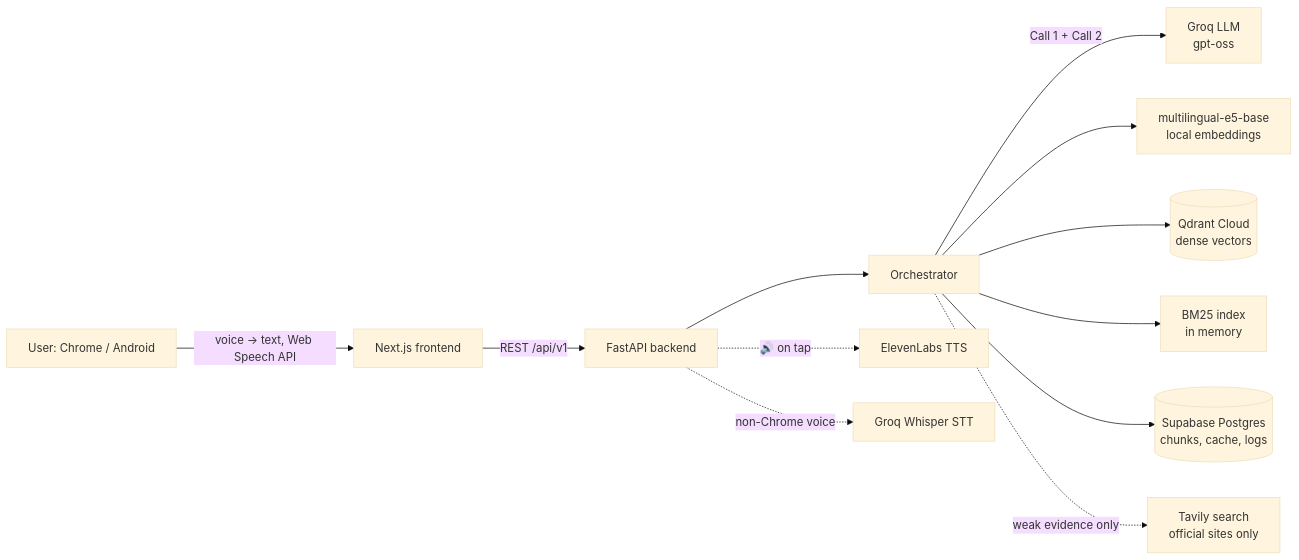
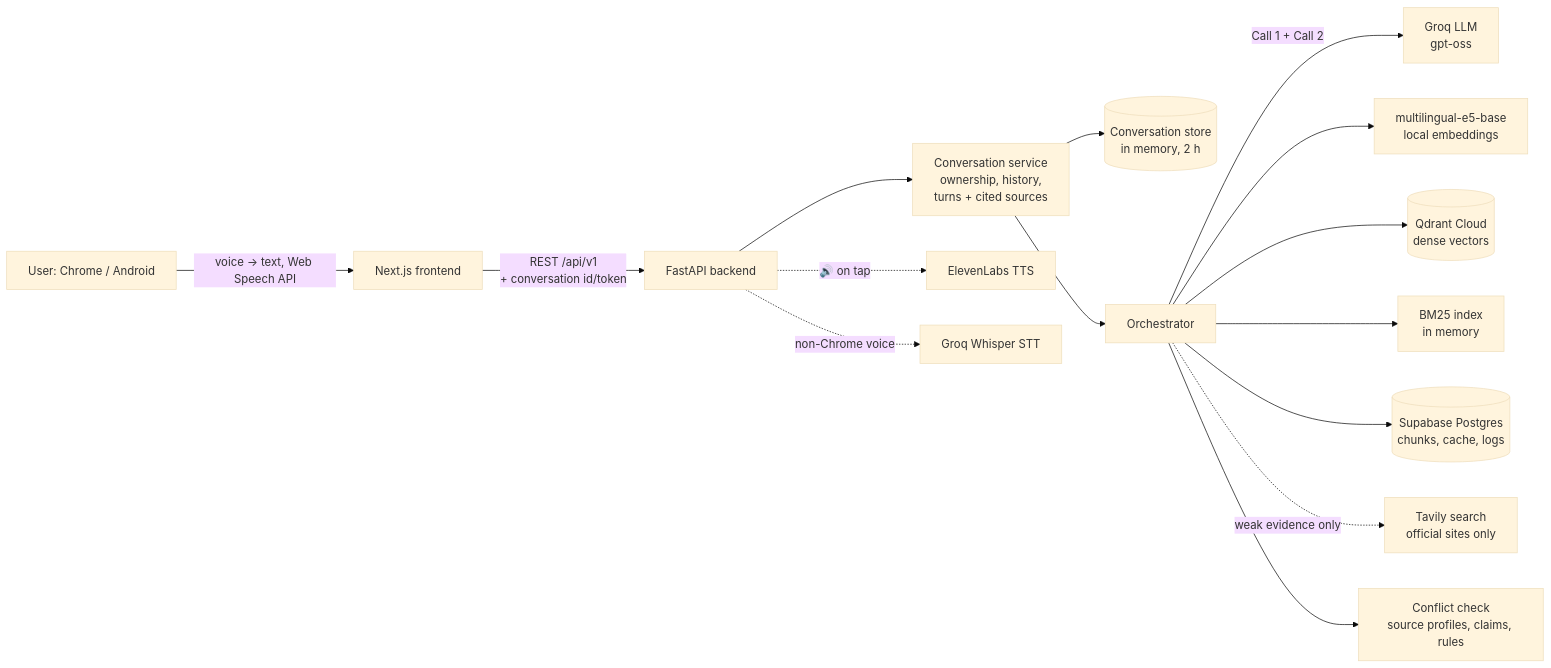
Before and after one commit to cou-ai-hackathon26/team_Phantom_Troupe: the first of 3 diagrams in README.md, drawn with Mermaid (base theme). The commit also changed other lines of this file, not shown here.

Commit message:
README: add follow-up conversations and conflict detection to the architecture, query pipeline, steps table, design rules, evaluation and API

````diff
--- a/README.md
+++ b/README.md
@@ -70,14 +70,17 @@
 ```mermaid
 flowchart LR
     U[User: Chrome / Android] -->|voice → text, Web Speech API| FE[Next.js frontend]
-    FE -->|REST /api/v1| API[FastAPI backend]
-    API --> ORCH[Orchestrator]
+    FE -->|REST /api/v1<br/>+ conversation id/token| API[FastAPI backend]
+    API --> CONV[Conversation service<br/>ownership, history,<br/>turns + cited sources]
+    CONV --> MEM[(Conversation store<br/>in memory, 2 h)]
+    CONV --> ORCH[Orchestrator]
     ORCH -->|Call 1 + Call 2| GROQ[Groq LLM<br/>gpt-oss]
     ORCH --> E5[multilingual-e5-base<br/>local embeddings]
     ORCH --> QD[(Qdrant Cloud<br/>dense vectors)]
     ORCH --> BM[BM25 index<br/>in memory]
     ORCH --> PG[(Supabase Postgres<br/>chunks, cache, logs)]
     ORCH -.->|weak evidence only| TAV[Tavily search<br/>official sites only]
+    ORCH --> CF[Conflict check<br/>source profiles, claims, rules]
     API -.->|🔊 on tap| EL[ElevenLabs TTS]
     API -.->|non-Chrome voice| WH[Groq Whisper STT]
 ```
````
